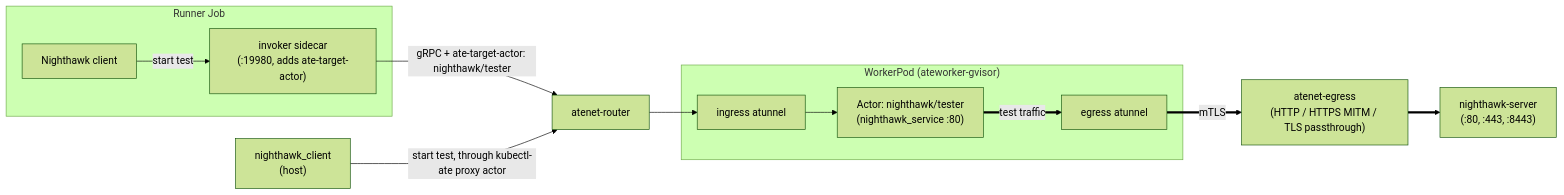
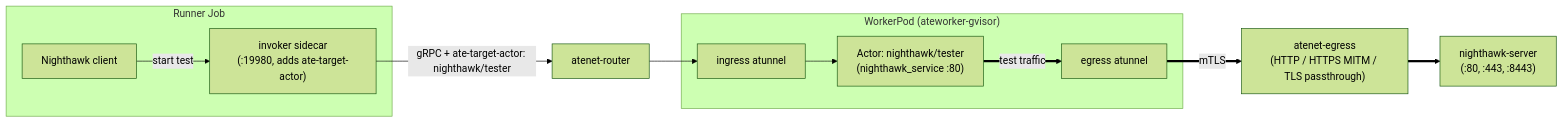
One commit to ygao-g/substrate changed the diagram in benchmarking/nighthawk-egress/README.md. Above: the diagram before and after it, drawn with Mermaid (forest theme). The commit also changed other lines of this file, not shown here.

First line of the commit message:
benchmarking/nighthawk-egress: lead the README with the scheduled suites

````diff
--- a/benchmarking/nighthawk-egress/README.md
+++ b/benchmarking/nighthawk-egress/README.md
@@ -7,27 +13,25 @@
 ```mermaid
 flowchart LR
     subgraph job["Runner Job"]
         client["Nighthawk client"]
         invoker["invoker sidecar<br/>(:19980, adds ate-target-actor)"]
     end
-    host["nighthawk_client<br/>(host)"]
     router["atenet-router"]
 
     subgraph worker["WorkerPod (ateworker-gvisor)"]
         atunnel-ingress["ingress atunnel"]
         actor["Actor: nighthawk/tester<br/>(nighthawk_service :80)"]
         atunnel-egress["egress atunnel"]
     end
 
     egress["atenet-egress<br/>(HTTP / HTTPS MITM / TLS passthrough)"]
     server["nighthawk-server<br/>(:80, :443, :8443)"]
 
     client -->|"start test"| invoker
     invoker -->|"gRPC + ate-target-actor: nighthawk/tester"| router
-    host -->|"start test, through kubectl-ate proxy actor"| router
     router --> atunnel-ingress
     atunnel-ingress --> actor
     actor ==>|"test traffic"| atunnel-egress
     atunnel-egress ==>|"mTLS"| egress
     egress ==> server
 ```
````
